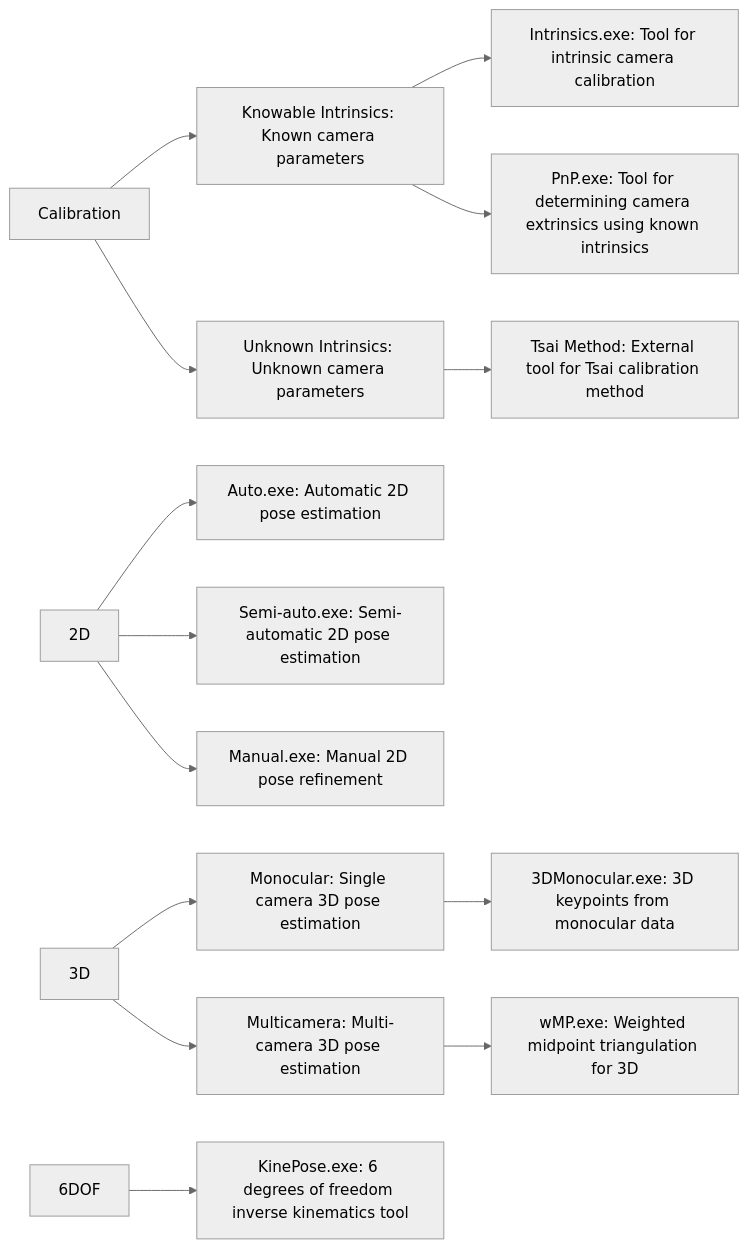
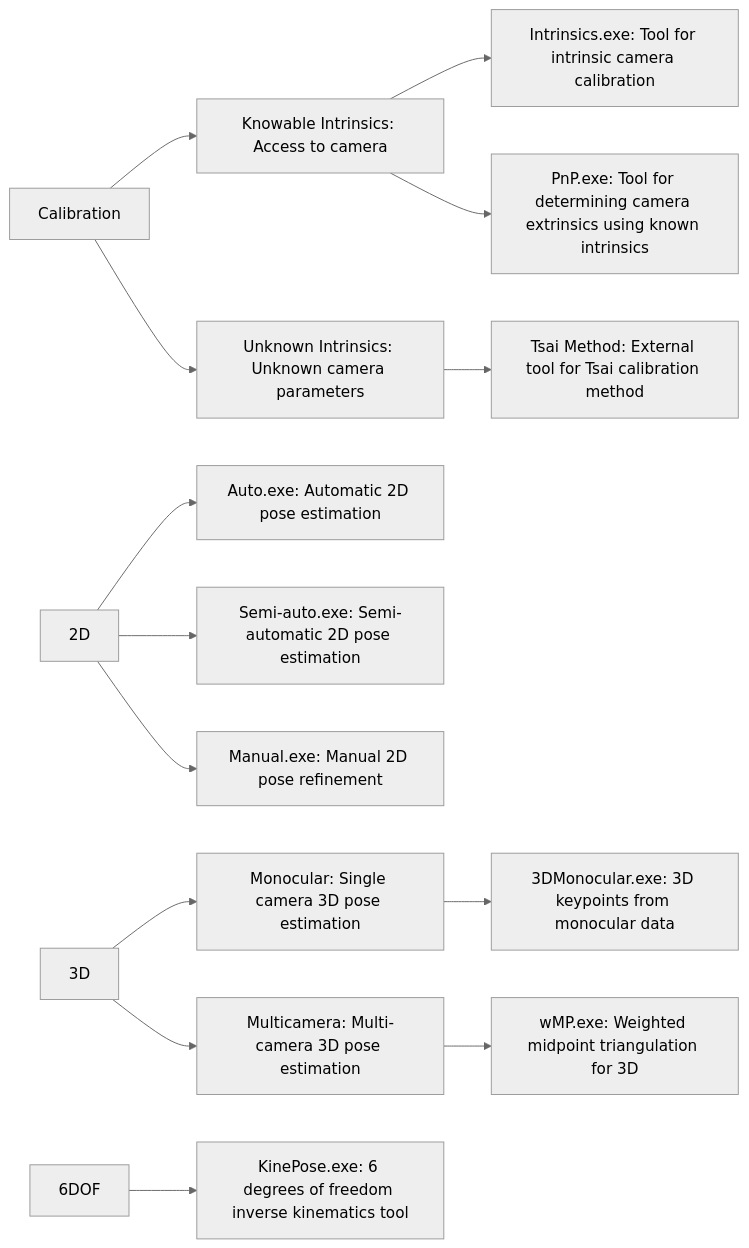
Before and after one commit to KevGildea/KinePose: the diagram in README.md, drawn with Mermaid (neutral theme).

````diff
--- a/README.md
+++ b/README.md
@@ -21,19 +21,19 @@
 ```mermaid
 graph LR;
-    Calibration --> Knowable[Knowable Intrinsics: Known camera parameters];
+    Calibration --> Knowable[Knowable Intrinsics: Access to camera];
     Knowable --> Intrinsics[Intrinsics.exe: Tool for intrinsic camera calibration];
     Knowable --> PnP[PnP.exe: Tool for determining camera extrinsics using known intrinsics];
     Calibration --> Unknown[Unknown Intrinsics: Unknown camera parameters];
     Unknown --> Tsai[Tsai Method: External tool for Tsai calibration method];
     
     2D --> Auto[Auto.exe: Automatic 2D pose estimation];
     2D --> SemiAuto[Semi-auto.exe: Semi-automatic 2D pose estimation];
     2D --> Manual[Manual.exe: Manual 2D pose refinement];
     
     3D --> Monocular[Monocular: Single camera 3D pose estimation];
     Monocular --> 3DMonocular[3DMonocular.exe: 3D keypoints from monocular data];
     3D --> Multicamera[Multicamera: Multi-camera 3D pose estimation];
     Multicamera --> wMP[wMP.exe: Weighted midpoint triangulation for 3D];
     
     6DOF --> KinePose[KinePose.exe: 6 degrees of freedom inverse kinematics tool];
 ```
````
